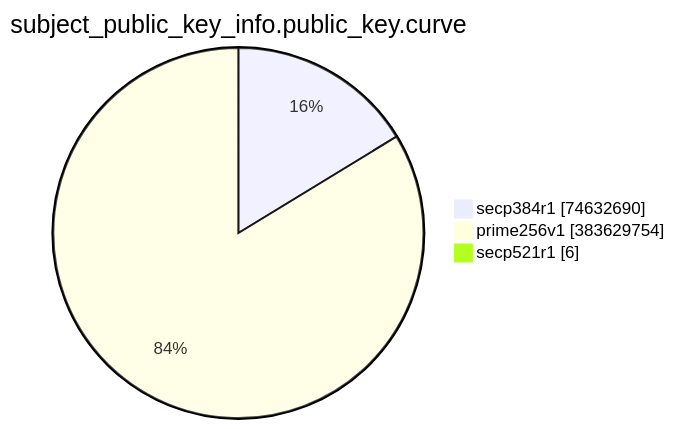
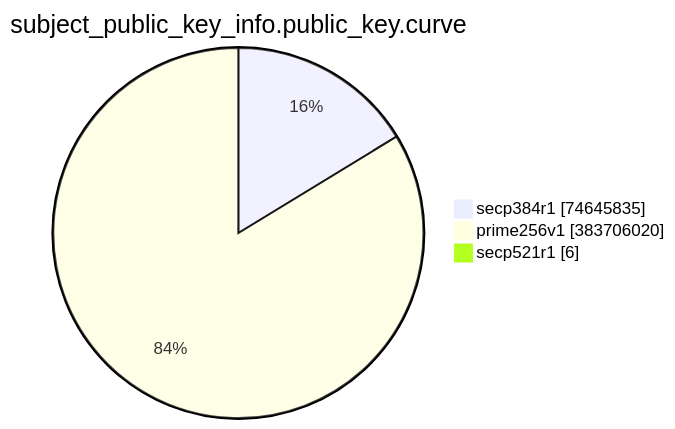
One commit to christiankrug/ctmonitor_visualization changed the eighth of 15 diagrams in TOTAL/README.md. Above: the diagram before and after it, drawn with Mermaid. The commit also changed other lines of this file, not shown here.

````diff
--- a/TOTAL/README.md
+++ b/TOTAL/README.md
@@ -3094,7 +3094,7 @@
 ```mermaid
 pie showData
 title subject_public_key_info.public_key.curve
-"secp384r1" :74632690
-"prime256v1" :383629754
+"secp384r1" :74645835
+"prime256v1" :383706020
 "secp521r1" :6
 ```
````
